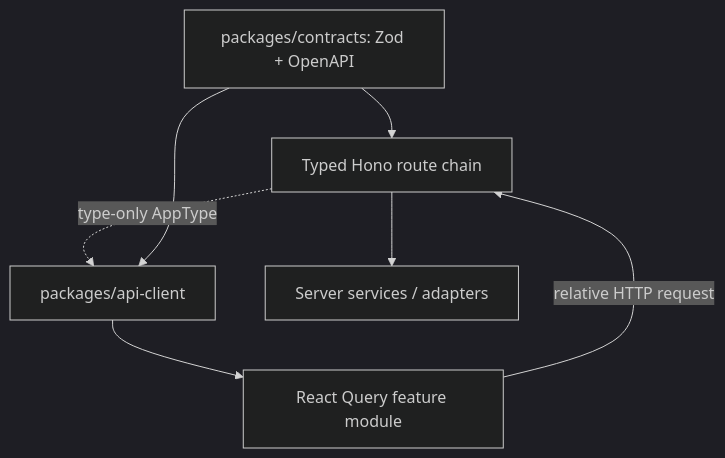
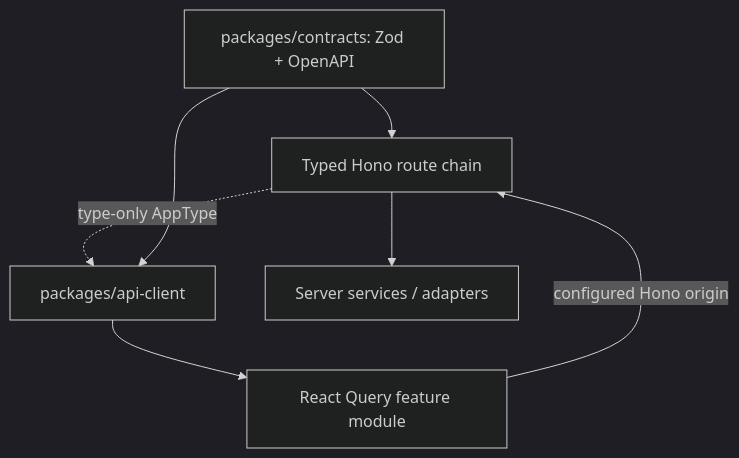
One commit to adwait-kalsekar/kavach changed the second of 2 diagrams in docs/architecture/web-foundation.md. Above: the diagram before and after it, drawn with Mermaid (dark theme). The commit also changed other lines of this file and 47 other files, not shown here.

````diff
--- a/docs/architecture/web-foundation.md
+++ b/docs/architecture/web-foundation.md
@@ -25,9 +25,9 @@
 ```mermaid
 flowchart TD
   A[Typed Hono route chain] -. type-only AppType .-> C[packages/api-client]
   Z[packages/contracts: Zod + OpenAPI] --> A
   Z --> C
   C --> U[React Query feature module]
-  U -->|relative HTTP request| A
+  U -->|configured Hono origin| A
   A --> S[Server services / adapters]
 ```
````
